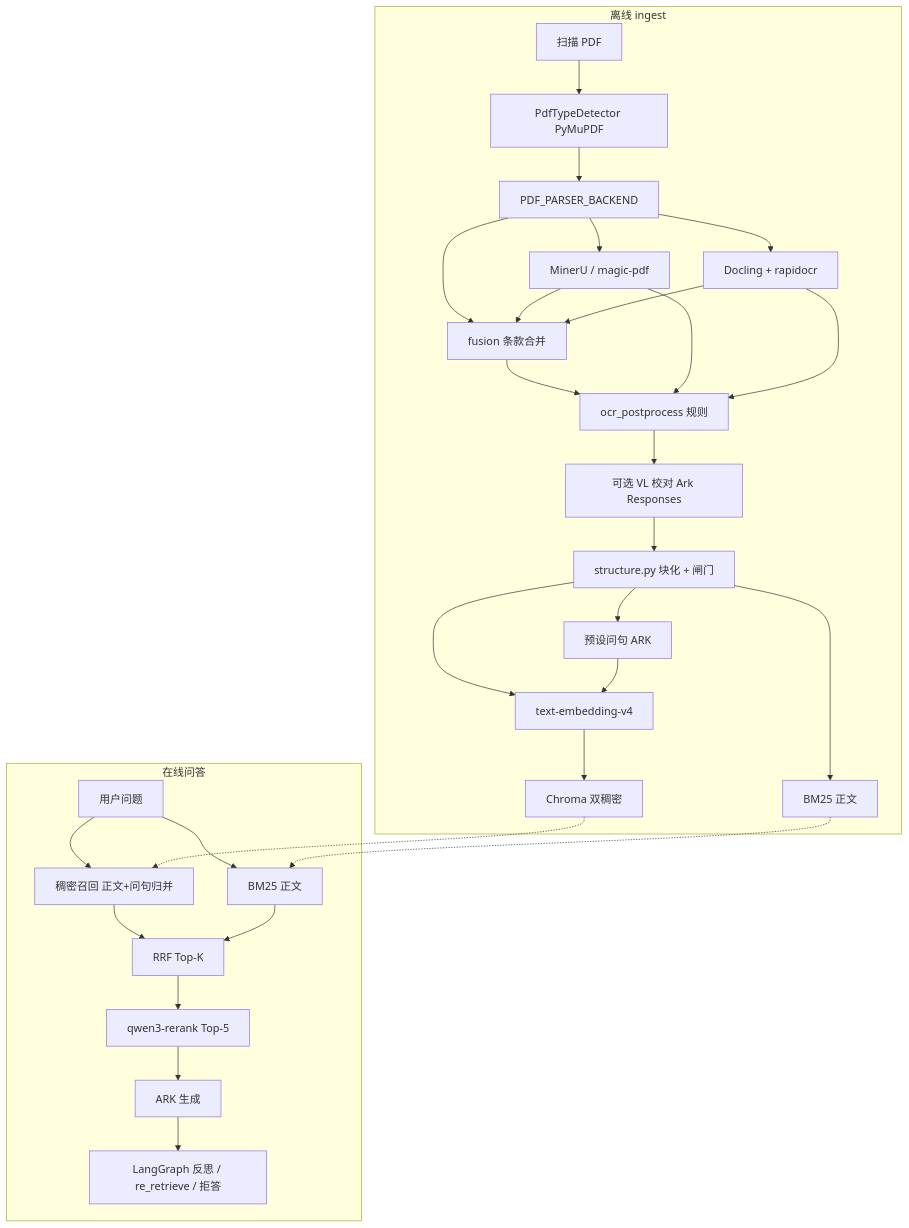
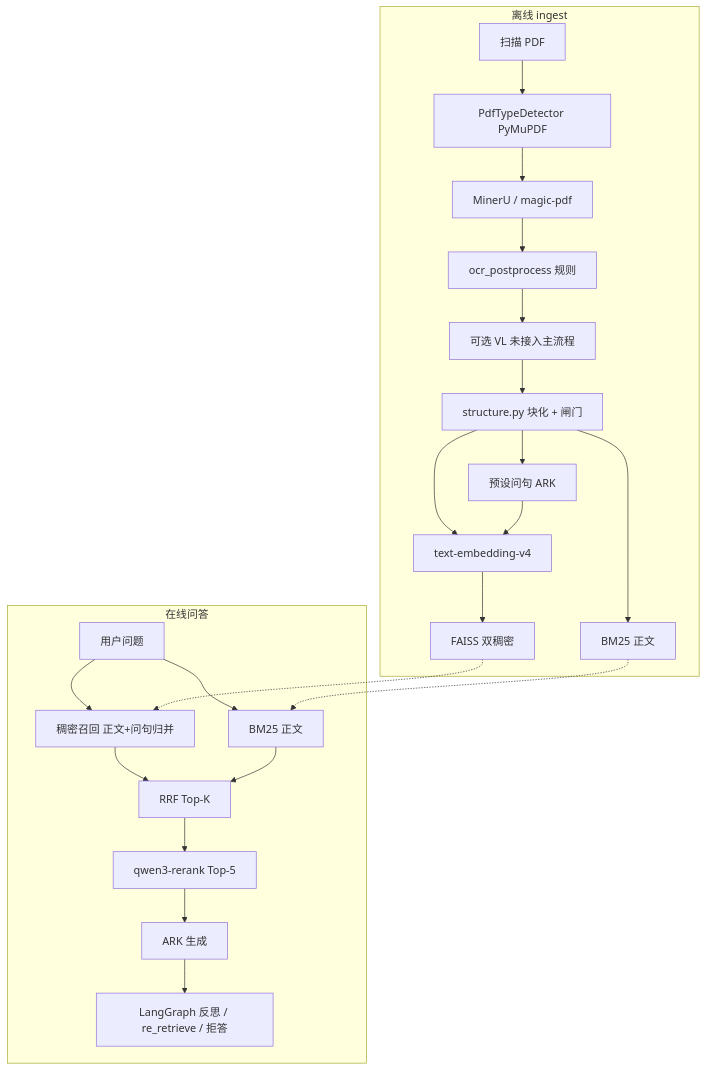
The diagram in docs/overview/architecture.md (Xuzhangzheng/pdf-agent), drawn with Mermaid before and after one commit. The commit also changed other lines of this file and 108 other files, not shown here.

````diff
--- a/docs/overview/architecture.md
+++ b/docs/overview/architecture.md
@@ -7,48 +7,37 @@
 ```mermaid
 flowchart TB
   subgraph offline["离线 ingest"]
     PDF[扫描 PDF]
     DET[PdfTypeDetector PyMuPDF]
-    PARSER[PDF_PARSER_BACKEND]
     MINERU[MinerU / magic-pdf]
-    DOCLING[Docling + rapidocr]
-    FUSE[fusion 条款合并]
     L2[ocr_postprocess 规则]
-    VL[可选 VL 校对 Ark Responses]
+    VL[可选 VL 未接入主流程]
     STR[structure.py 块化 + 闸门]
     QGEN[预设问句 ARK]
     EMB[text-embedding-v4]
-    CHROMA[Chroma 双稠密]
+    FAISS[FAISS 双稠密]
     BM25[BM25 正文]
-    PDF --> DET --> PARSER
-    PARSER --> MINERU
-    PARSER --> DOCLING
-    PARSER --> FUSE
-    MINERU --> FUSE
-    DOCLING --> FUSE
-    FUSE --> L2 --> VL --> STR
-    MINERU --> L2
-    DOCLING --> L2
+    PDF --> DET --> MINERU --> L2 --> VL --> STR
     STR --> QGEN
     STR --> EMB
     QGEN --> EMB
-    EMB --> CHROMA
+    EMB --> FAISS
     STR --> BM25
   end
 
   subgraph online["在线问答"]
     Q[用户问题]
     DENSE[稠密召回 正文+问句归并]
     SPARSE[BM25 正文]
     RRF[RRF Top-K]
     RR[qwen3-rerank Top-5]
     GEN[ARK 生成]
     LG[LangGraph 反思 / re_retrieve / 拒答]
     Q --> DENSE --> RRF
     Q --> SPARSE --> RRF
     RRF --> RR --> GEN --> LG
   end
 
-  CHROMA -.-> DENSE
+  FAISS -.-> DENSE
   BM25 -.-> SPARSE
 ```
````
